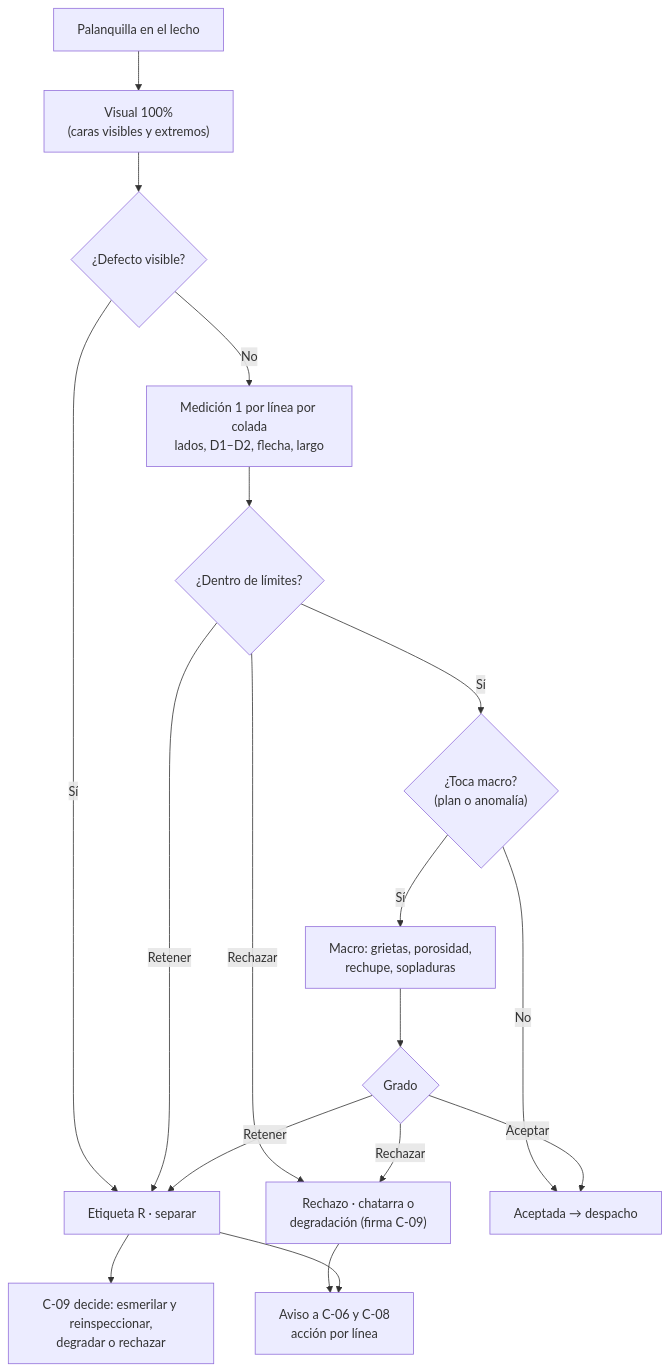
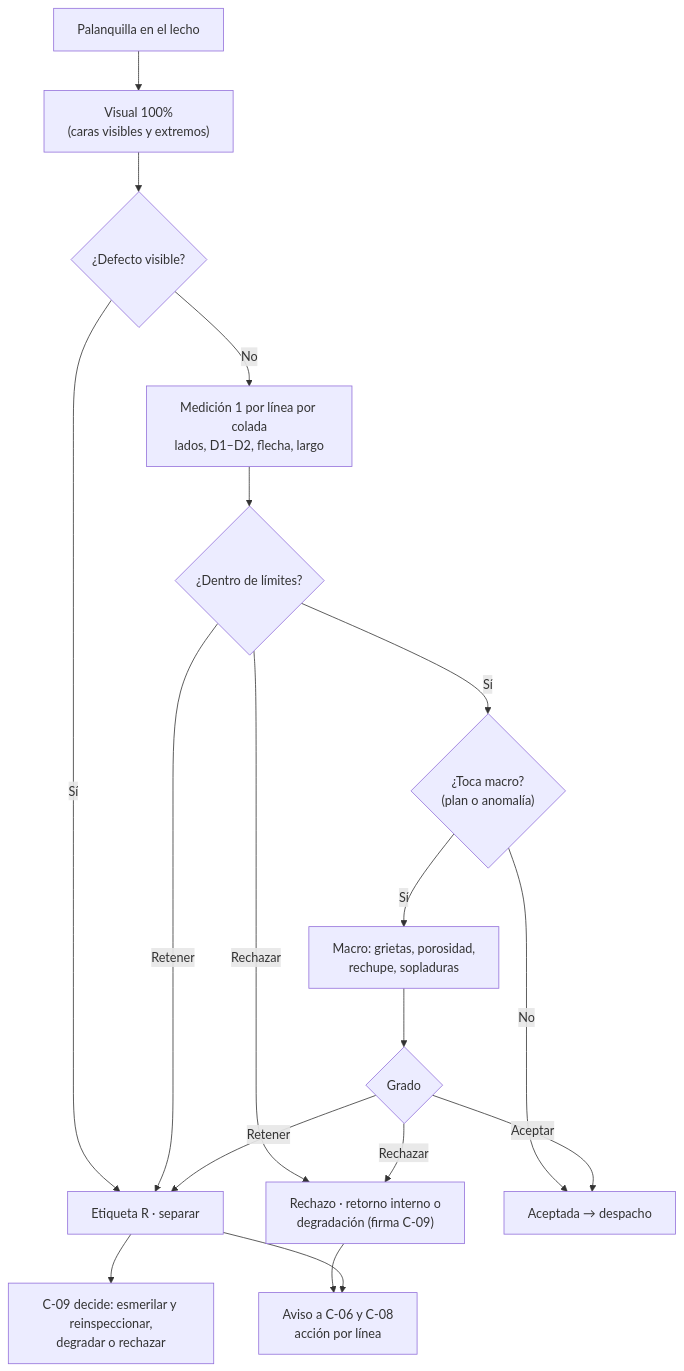
The diagram in 10-plantas/01-steelmaking/02-operacion/cc2/MO-CC2-09-inspeccion-calidad-palanquilla.md (diegocardonaguzman03-maker/HR), drawn with Mermaid before and after one commit. The commit also changed other lines of this file and 33 other files, not shown here.

````diff
--- a/10-plantas/01-steelmaking/02-operacion/cc2/MO-CC2-09-inspeccion-calidad-palanquilla.md
+++ b/10-plantas/01-steelmaking/02-operacion/cc2/MO-CC2-09-inspeccion-calidad-palanquilla.md
@@ -32,20 +32,20 @@
 ```mermaid
 flowchart TD
     A["Palanquilla en el lecho"] --> B["Visual 100%<br/>(caras visibles y extremos)"]
     B --> C{"¿Defecto visible?"}
     C -- No --> D["Medición 1 por línea por colada<br/>lados, D1–D2, flecha, largo"]
     C -- Sí --> R["Etiqueta R · separar"]
     D --> E{"¿Dentro de límites?"}
     E -- Sí --> F{"¿Toca macro?<br/>(plan o anomalía)"}
     E -- "Retener" --> R
-    E -- "Rechazar" --> X["Rechazo · chatarra o<br/>degradación (firma C-09)"]
+    E -- "Rechazar" --> X["Rechazo · retorno interno o<br/>degradación (firma C-09)"]
     F -- No --> OK["Aceptada → despacho"]
     F -- Sí --> G["Macro: grietas, porosidad,<br/>rechupe, sopladuras"]
     G --> H{"Grado"}
     H -- "Aceptar" --> OK
     H -- "Retener" --> R
     H -- "Rechazar" --> X
     R --> I["C-09 decide: esmerilar y reinspeccionar,<br/>degradar o rechazar"]
     X --> J["Aviso a C-06 y C-08<br/>acción por línea"]
     R --> J
 ```
````
